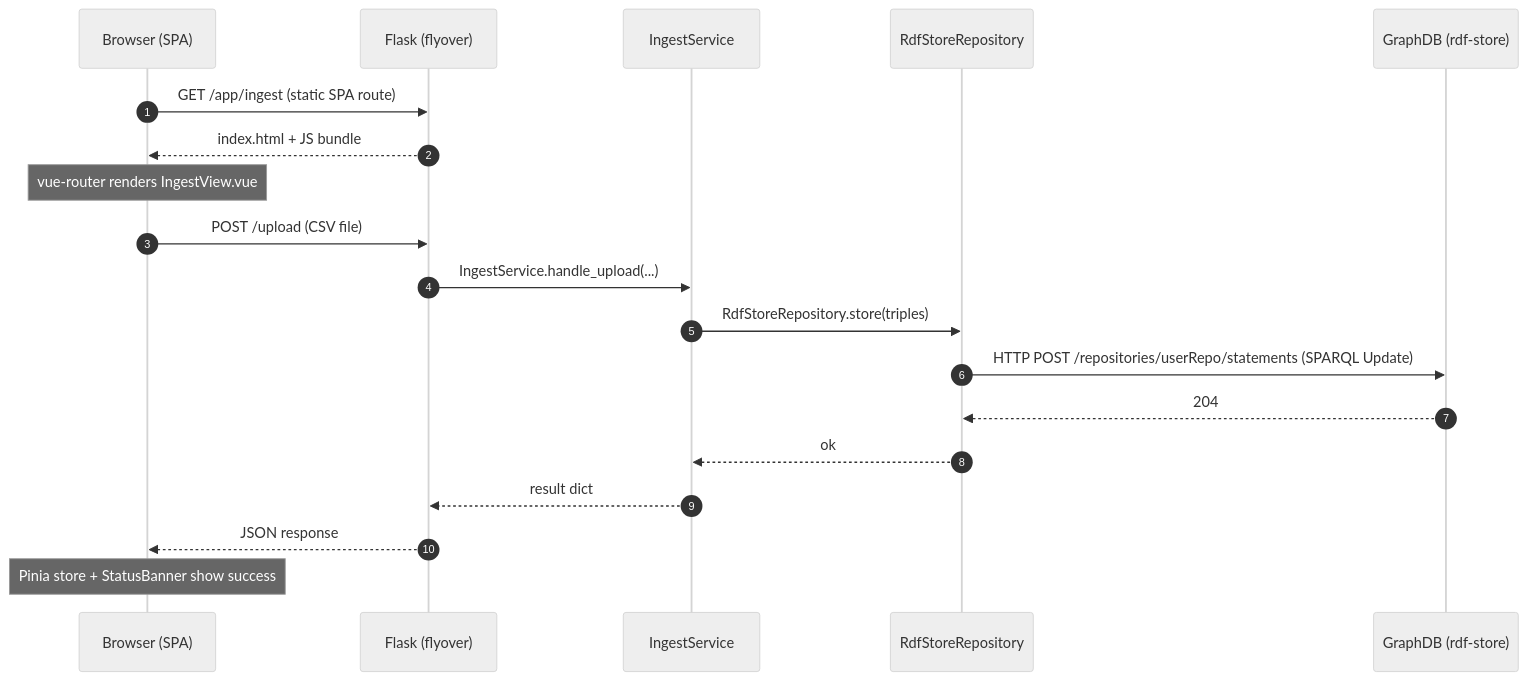
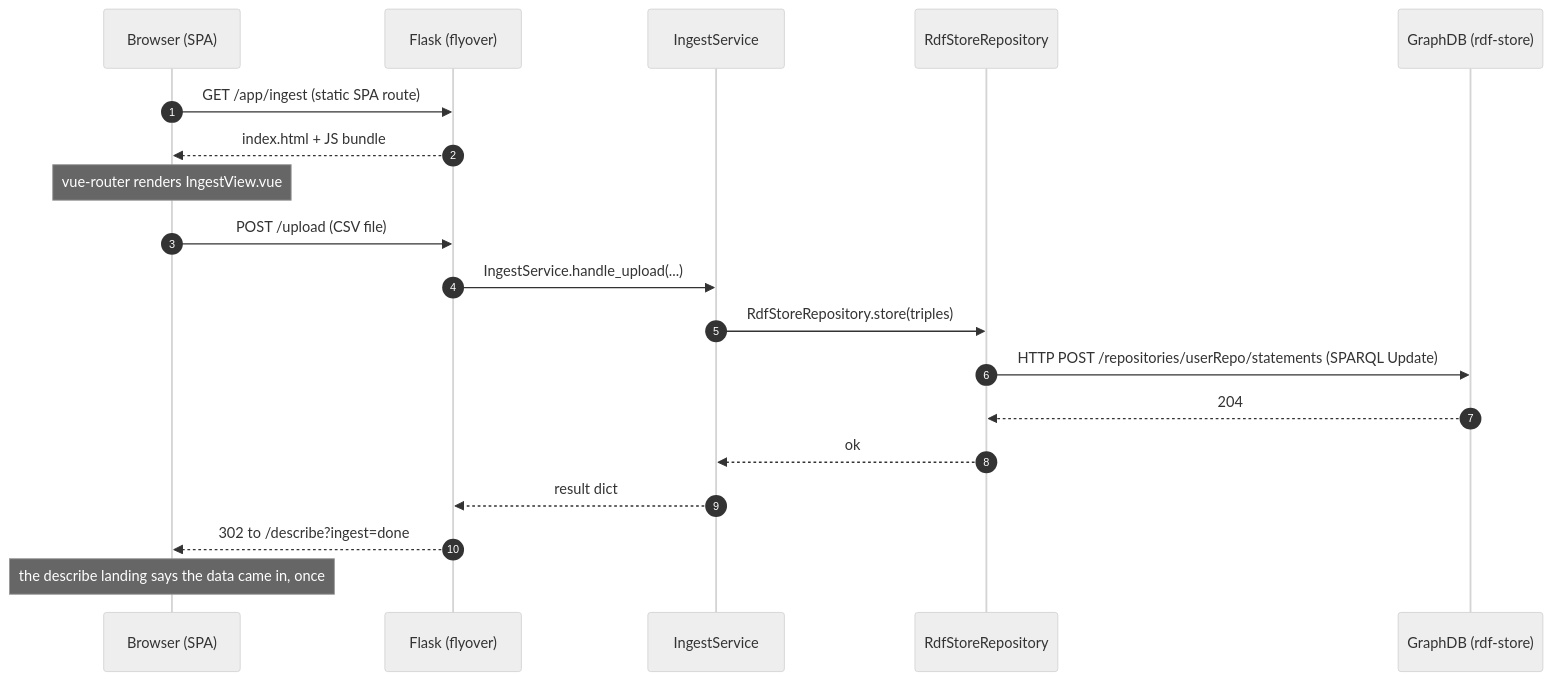
The second of 3 diagrams in docs/architecture.md (MaastrichtU-CDS/Flyover), drawn with Mermaid (neutral theme) before and after one commit. The commit also changed 5 other files, not shown here.

First line of the commit message:
feat(ingest): tell the describe landing whether new data came in

````diff
--- a/docs/architecture.md
+++ b/docs/architecture.md
@@ -34,22 +34,22 @@
 ```mermaid
 sequenceDiagram
     autonumber
     participant B as Browser (SPA)
     participant F as Flask (flyover)
     participant S as IngestService
     participant R as RdfStoreRepository
     participant G as GraphDB (rdf-store)
 
     B->>F: GET /app/ingest (static SPA route)
     F-->>B: index.html + JS bundle
     Note over B: vue-router renders IngestView.vue
     B->>F: POST /upload (CSV file)
     F->>S: IngestService.handle_upload(...)
     S->>R: RdfStoreRepository.store(triples)
     R->>G: HTTP POST /repositories/userRepo/statements (SPARQL Update)
     G-->>R: 204
     R-->>S: ok
     S-->>F: result dict
-    F-->>B: JSON response
-    Note over B: Pinia store + StatusBanner show success
+    F-->>B: 302 to /describe?ingest=done
+    Note over B: the describe landing says the data came in, once
 ```
````
